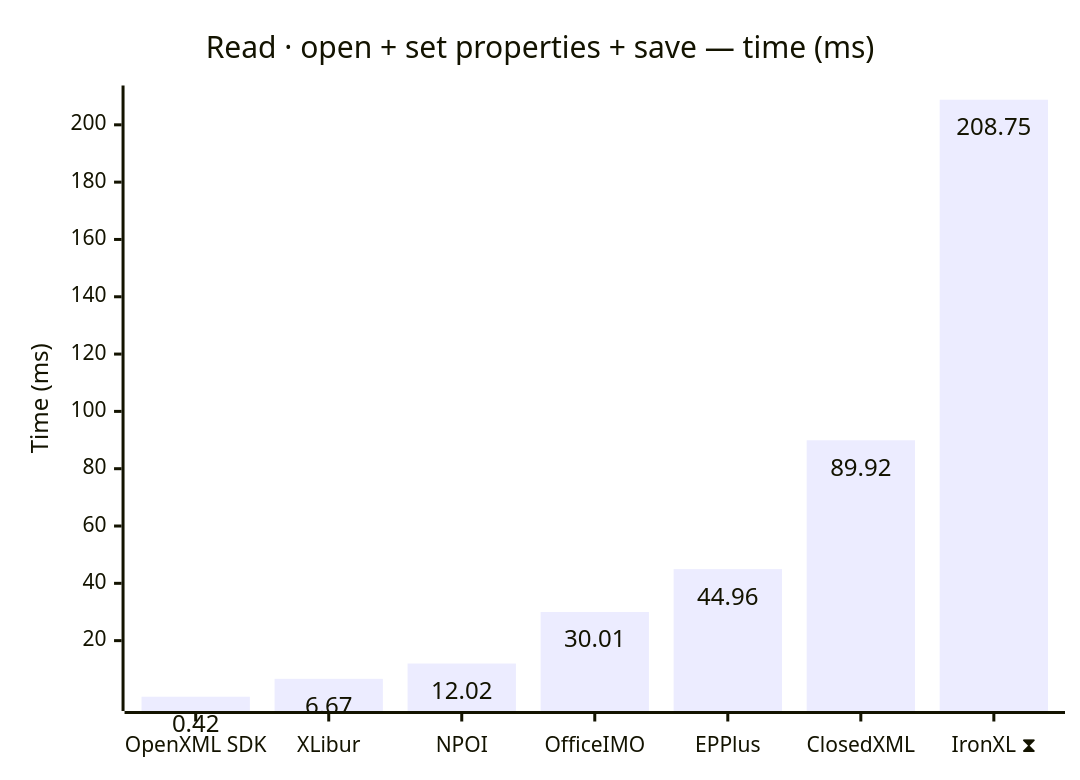
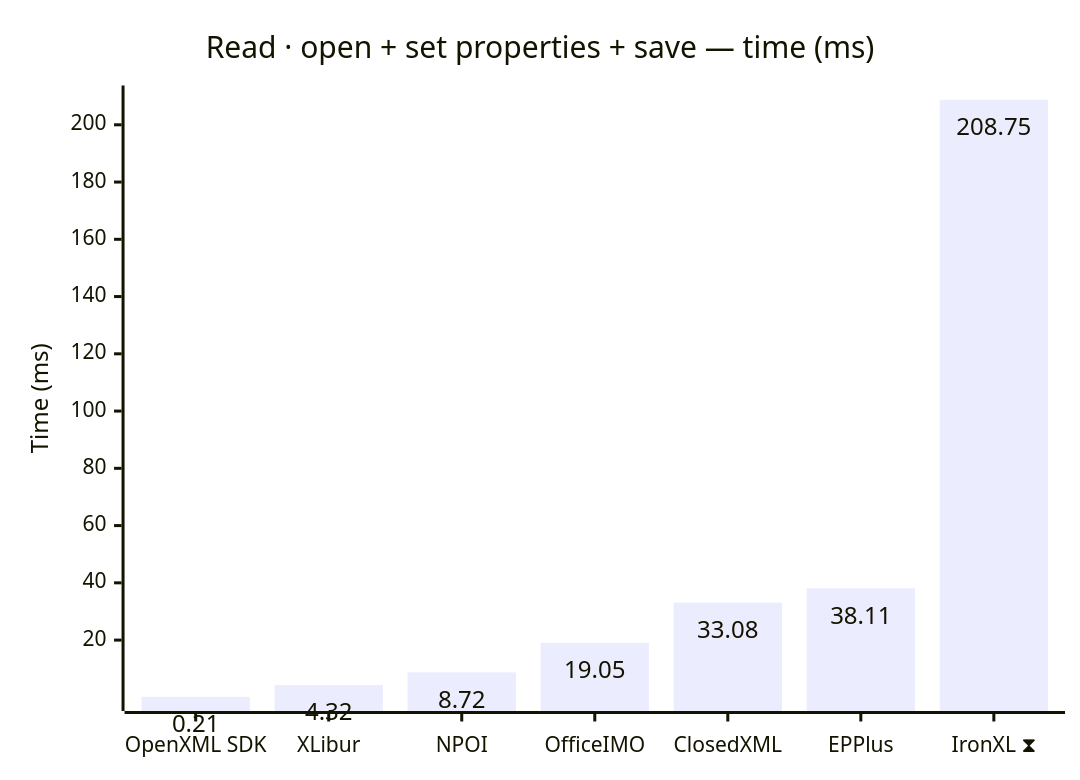
The first of 18 diagrams in docs/results-ci.md (jafin/XLBench), drawn with Mermaid before and after one commit. The commit also changed other lines of this file, not shown here.

````diff
--- a/docs/results-ci.md
+++ b/docs/results-ci.md
@@ -43,12 +43,12 @@
 ```mermaid
 ---
 config:
   xyChart:
     showDataLabel: true
 ---
 xychart-beta
     title "Read · open + set properties + save — time (ms)"
-    x-axis ["OpenXML SDK", "XLibur", "NPOI", "OfficeIMO", "EPPlus", "ClosedXML", "IronXL ⧗"]
+    x-axis ["OpenXML SDK", "XLibur", "NPOI", "OfficeIMO", "ClosedXML", "EPPlus", "IronXL ⧗"]
     y-axis "Time (ms)"
-    bar [0.42, 6.67, 12.02, 30.01, 44.96, 89.92, 208.75]
+    bar [0.21, 4.32, 8.72, 19.05, 33.08, 38.11, 208.75]
 ```
````
